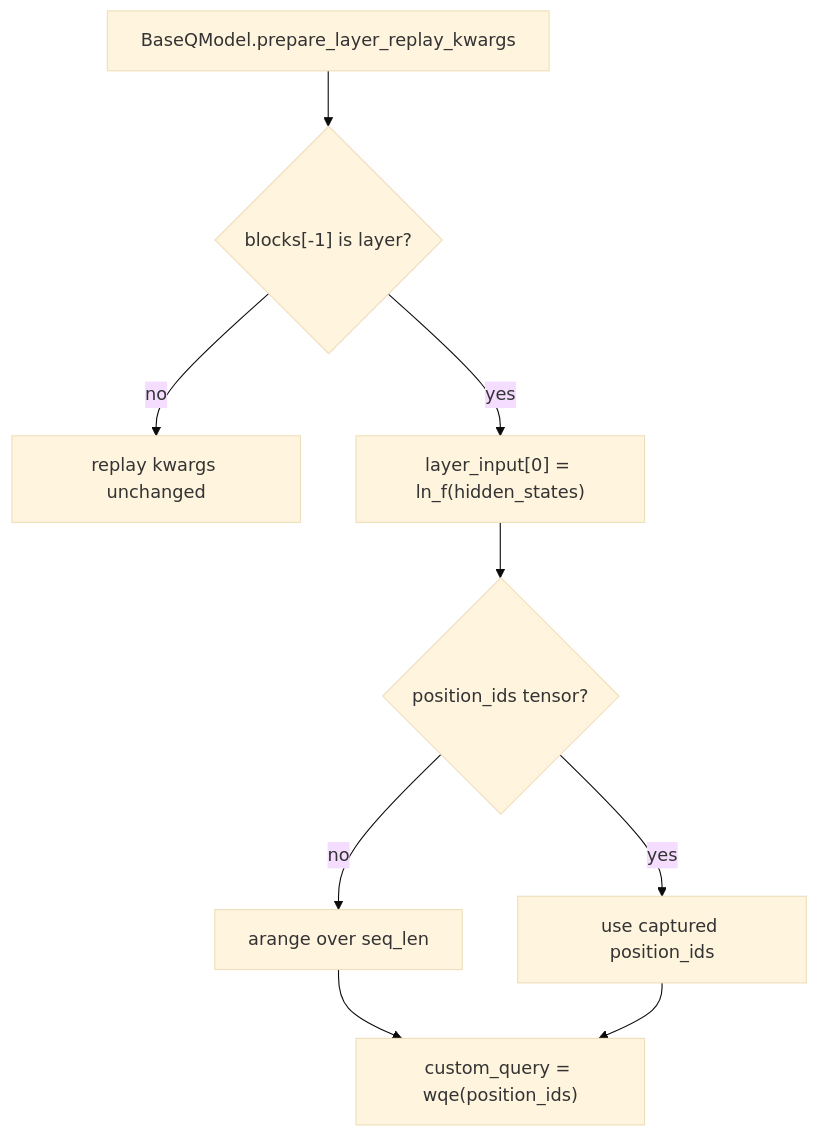
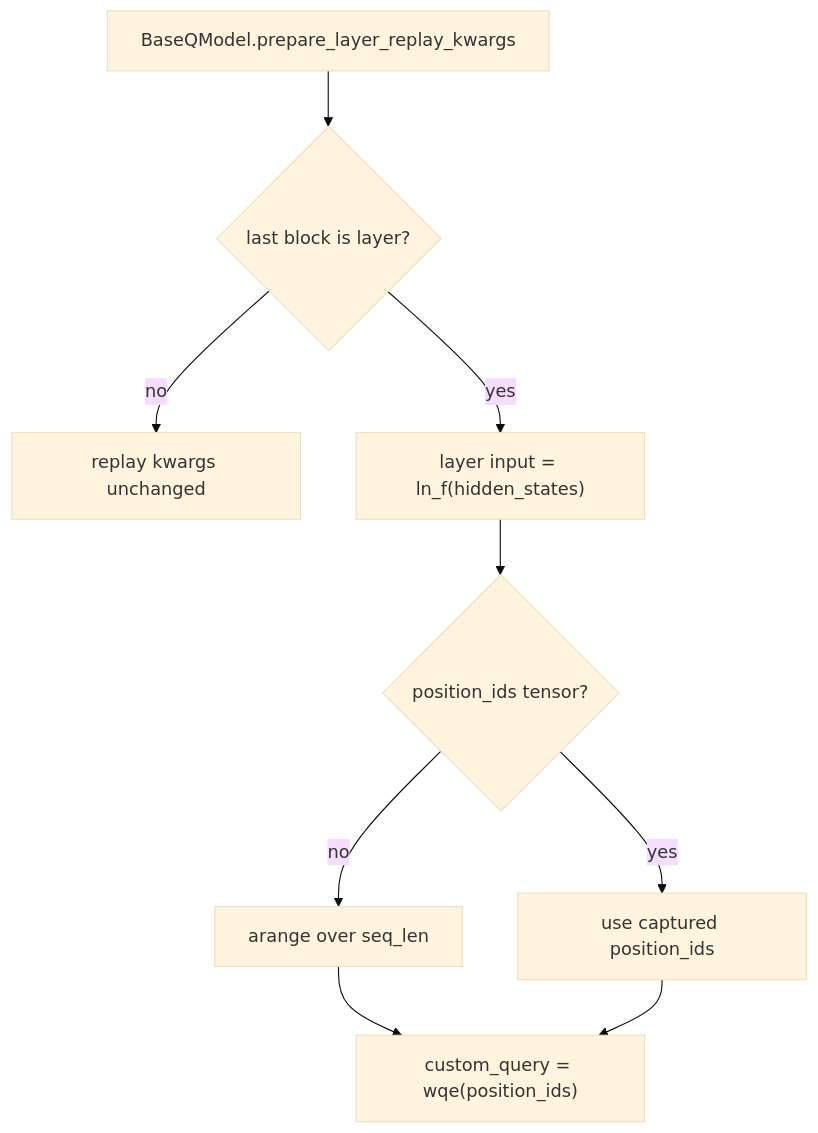
The fifth of 5 diagrams in docs/awq-scaling-groups.md (ModelCloud/GPTQModel), drawn with Mermaid (base theme) before and after one commit. The commit also changed other lines of this file, not shown here.

Commit message:
docs(awq): keep Mermaid labels bracket-free so GitHub renders them

````diff
--- a/docs/awq-scaling-groups.md
+++ b/docs/awq-scaling-groups.md
@@ -267,11 +267,11 @@
 ```mermaid
 flowchart TD
-    A["BaseQModel.prepare_layer_replay_kwargs"] --> B{"blocks[-1] is layer?"}
+    A["BaseQModel.prepare_layer_replay_kwargs"] --> B{"last block is layer?"}
     B -- "no" --> C["replay kwargs unchanged"]
-    B -- "yes" --> D["layer_input[0] = ln_f(hidden_states)"]
+    B -- "yes" --> D["layer input = ln_f(hidden_states)"]
     D --> E{"position_ids tensor?"}
     E -- "no" --> F["arange over seq_len"]
     E -- "yes" --> G["use captured position_ids"]
     F --> H["custom_query = wqe(position_ids)"]
     G --> H
 ```
````
